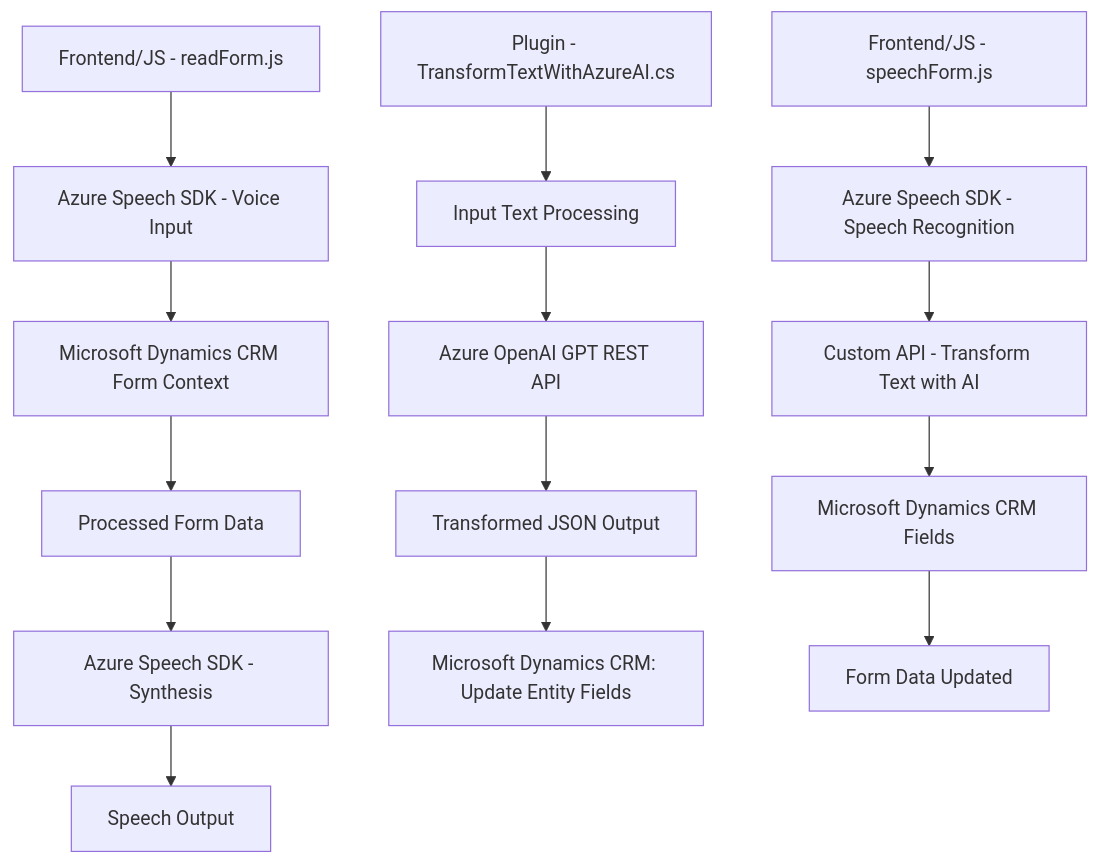
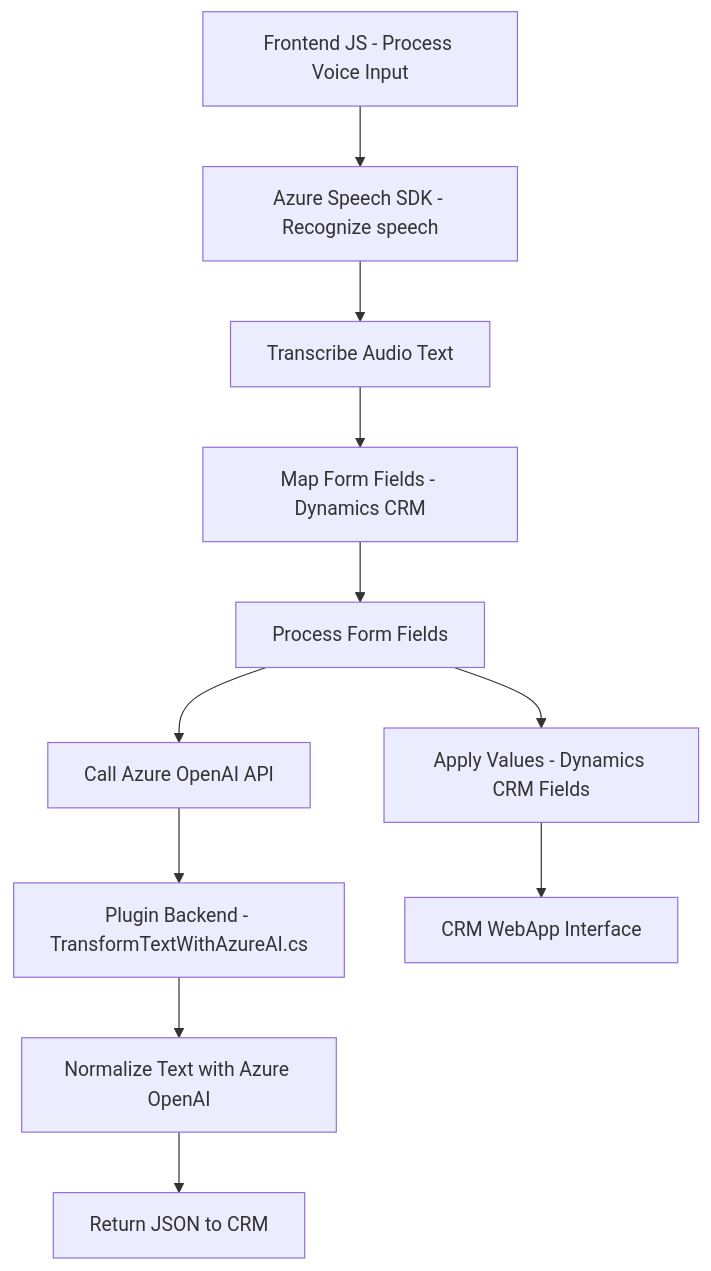
Before and after one commit to blopezdm/NETCORE_BILBAO2025: the diagram in README.md, drawn with Mermaid. The commit also changed other lines of this file, not shown here.

````diff
--- a/README.md
+++ b/README.md
@@ -64,19 +42,15 @@
 ```mermaid
 graph TD
-    A["Frontend/JS - readForm.js"] --> B["Azure Speech SDK - Voice Input"]
-    B --> C["Microsoft Dynamics CRM Form Context"]
-    C --> D["Processed Form Data"]
-    D --> E["Azure Speech SDK - Synthesis"]
+    A["Frontend JS - Process Voice Input"] --> B["Azure Speech SDK - Recognize speech"]
+    B --> C["Transcribe Audio Text"]
+    C --> D["Map Form Fields - Dynamics CRM"]
+    D --> E["Process Form Fields"]
+    E --> F["Call Azure OpenAI API"]
     
-    F["Frontend/JS - speechForm.js"] --> G["Azure Speech SDK - Speech Recognition"]
-    G --> H["Custom API - Transform Text with AI"]
-    H --> I["Microsoft Dynamics CRM Fields"]
-    
-    J["Plugin - TransformTextWithAzureAI.cs"] --> K["Input Text Processing"]
-    K --> L["Azure OpenAI GPT REST API"]
-    L --> M["Transformed JSON Output"]
-    M --> N["Microsoft Dynamics CRM: Update Entity Fields"]
-    
-    E --> O["Speech Output"]
-    I --> P["Form Data Updated"]
+    F --> G["Plugin Backend - TransformTextWithAzureAI.cs"]
+    G --> H["Normalize Text with Azure OpenAI"]
+    H --> I["Return JSON to CRM"]
+
+    E --> J["Apply Values - Dynamics CRM Fields"]
+    J --> K["CRM WebApp Interface"]
 ```
````
